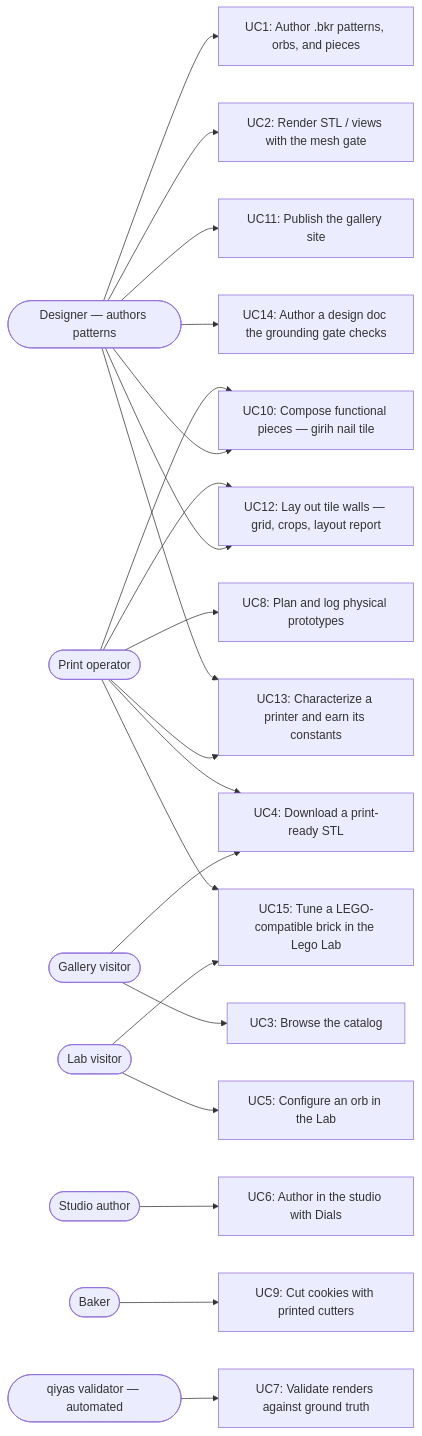
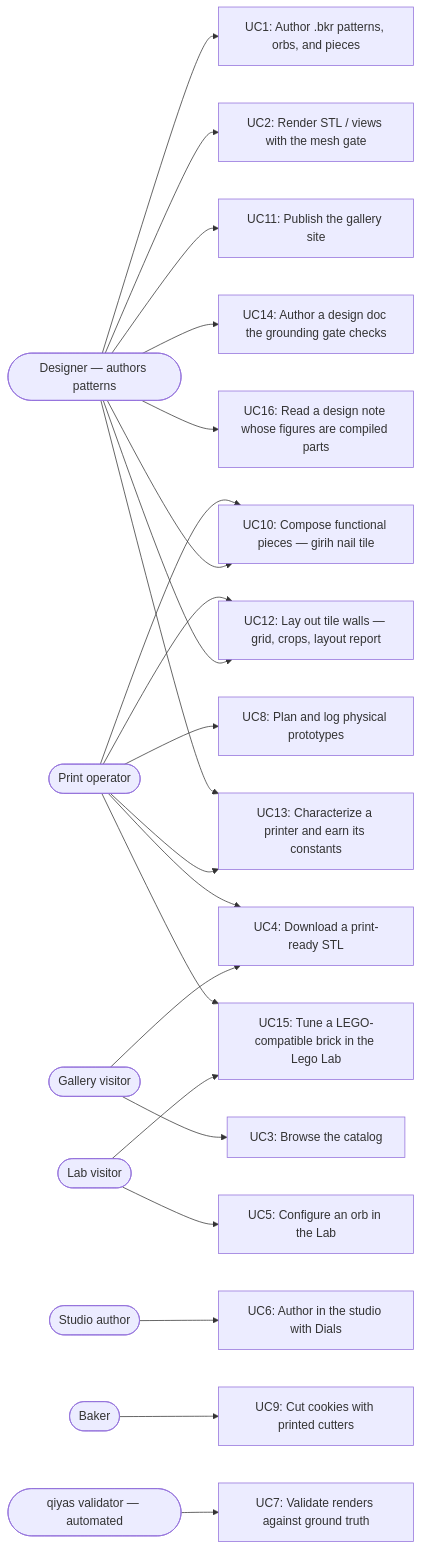
One commit to omars-lab/3d-models changed the diagram in .claude/skills/maintain-use-cases/use-cases.md. Above: the diagram before and after it, drawn with Mermaid. The commit also changed other lines of this file, not shown here.

First line of the commit message:
Map UC16: design notes + studio index, and pin the page-catalog rule

````diff
--- a/.claude/skills/maintain-use-cases/use-cases.md
+++ b/.claude/skills/maintain-use-cases/use-cases.md
@@ -22,31 +24,32 @@
 ```mermaid
 flowchart LR
   designer([Designer — authors patterns])
   visitor([Gallery visitor])
   labuser([Lab visitor])
   studiouser([Studio author])
   printop([Print operator])
   baker([Baker])
   validator([qiyas validator — automated])
 
   designer --> UC1[UC1: Author .bkr patterns, orbs, and pieces]
   designer --> UC2[UC2: Render STL / views with the mesh gate]
   designer --> UC10[UC10: Compose functional pieces — girih nail tile]
   designer --> UC11[UC11: Publish the gallery site]
   designer --> UC12[UC12: Lay out tile walls — grid, crops, layout report]
   designer --> UC14[UC14: Author a design doc the grounding gate checks]
+  designer --> UC16[UC16: Read a design note whose figures are compiled parts]
   visitor --> UC3[UC3: Browse the catalog]
   visitor --> UC4[UC4: Download a print-ready STL]
   labuser --> UC5[UC5: Configure an orb in the Lab]
   labuser --> UC15[UC15: Tune a LEGO-compatible brick in the Lego Lab]
   printop --> UC15
   studiouser --> UC6[UC6: Author in the studio with Dials]
   printop --> UC4
   printop --> UC8[UC8: Plan and log physical prototypes]
   printop --> UC10
   printop --> UC12
   printop --> UC13[UC13: Characterize a printer and earn its constants]
   designer --> UC13
   baker --> UC9[UC9: Cut cookies with printed cutters]
   validator --> UC7[UC7: Validate renders against ground truth]
 ```
````
